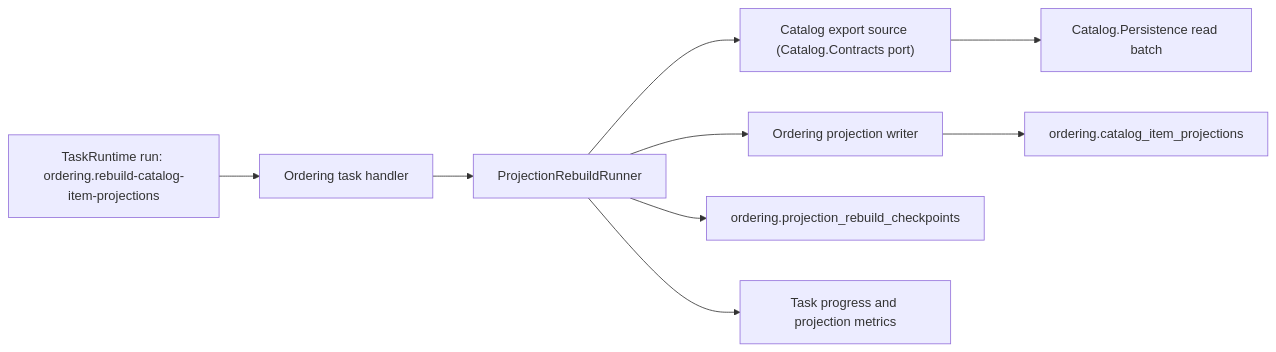
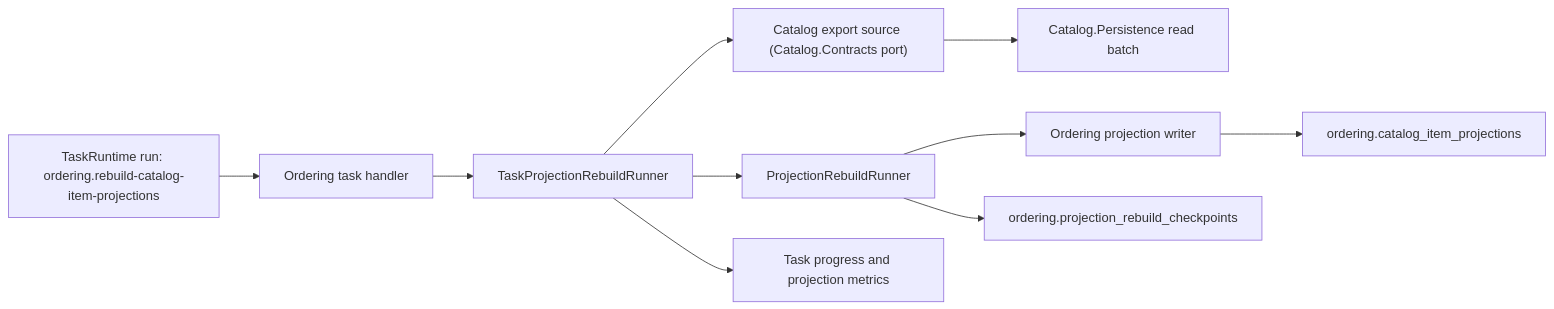
The diagram in docs/architecture/projection-rebuild-tasks.md (SadPossum/GenericModularApi), drawn with Mermaid before and after one commit. The commit also changed other lines of this file and 77 other files, not shown here.

````diff
--- a/docs/architecture/projection-rebuild-tasks.md
+++ b/docs/architecture/projection-rebuild-tasks.md
@@ -94,11 +95,12 @@
 ```mermaid
 flowchart LR
     A["TaskRuntime run: ordering.rebuild-catalog-item-projections"] --> B["Ordering task handler"]
-    B --> C["ProjectionRebuildRunner<CatalogItemProjectionExport>"]
+    B --> C["TaskProjectionRebuildRunner<CatalogItemProjectionExport>"]
+    C --> C1["ProjectionRebuildRunner<CatalogItemProjectionExport>"]
     C --> D["Catalog export source (Catalog.Contracts port)"]
     D --> E["Catalog.Persistence read batch"]
-    C --> F["Ordering projection writer"]
+    C1 --> F["Ordering projection writer"]
     F --> G["ordering.catalog_item_projections"]
-    C --> H["ordering.projection_rebuild_checkpoints"]
+    C1 --> H["ordering.projection_rebuild_checkpoints"]
     C --> I["Task progress and projection metrics"]
 ```
````
